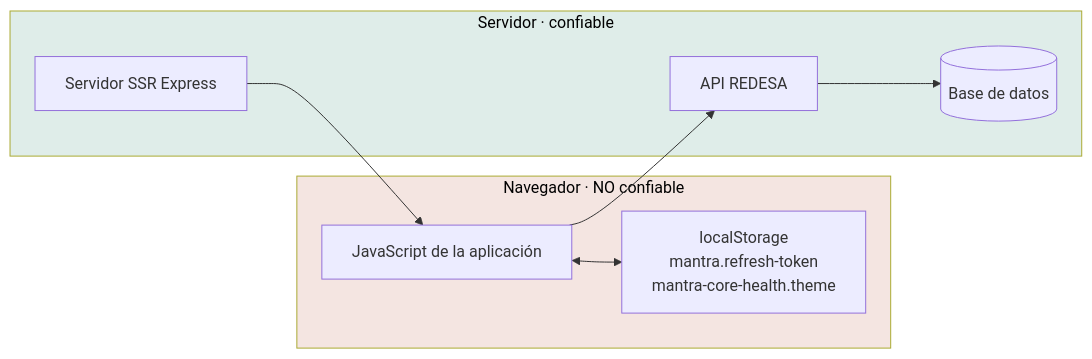
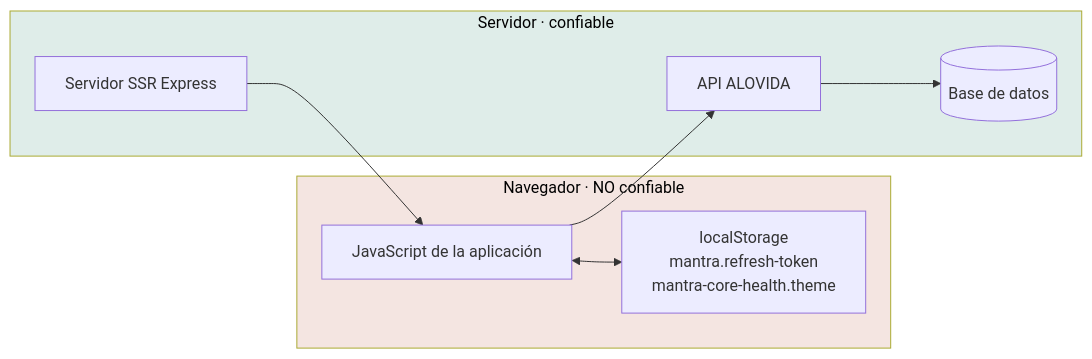
The second of 2 diagrams in docs/architecture/system-context.md (mdavila-2001/mantra-core-health), drawn with Mermaid before and after one commit. The commit also changed other lines of this file and 620 other files, not shown here.

First line of the commit message:
refactor(marca): fuera REDESA, VITARA y REDSAT — el nombre es ALOVIDA

````diff
--- a/docs/architecture/system-context.md
+++ b/docs/architecture/system-context.md
@@ -94,20 +94,20 @@
 ```mermaid
 graph LR
   subgraph NAV["Navegador · NO confiable"]
     JS[JavaScript de la aplicación]
     LS["localStorage<br/>mantra.refresh-token<br/>mantra-core-health.theme"]
   end
   subgraph SRV["Servidor · confiable"]
     SSR[Servidor SSR Express]
-    APIB[API REDESA]
+    APIB[API ALOVIDA]
     DB[(Base de datos)]
   end
 
   JS --> APIB
   SSR --> JS
   APIB --> DB
   JS <--> LS
 
   style NAV fill:#F4E5E1,color:#000
   style SRV fill:#DFEDE9,color:#000
 ```
````
